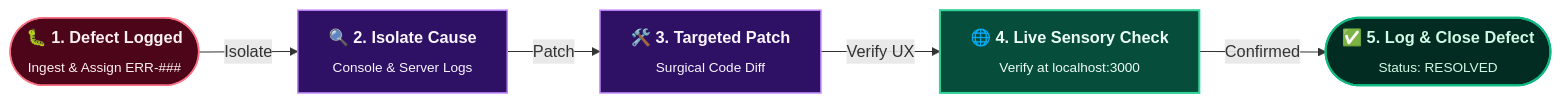
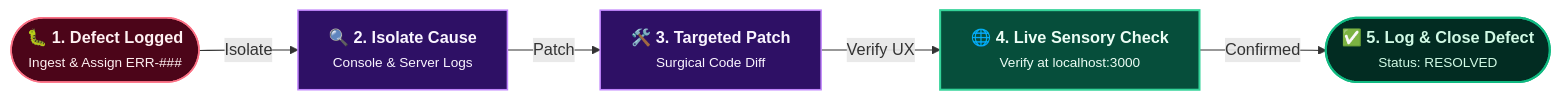
Before and after one commit to rmsofficialsyt/Agentic-AI-Vibe-Coding-AND-SDD-TDD-Codebase-Chandan-Adhikary: the diagram in Vibe-Coding-Chandan-Adhikary/Vibe-Coding/docs/error-tracker.md, drawn with Mermaid. The commit also changed 27 other files, not shown here.

Commit message:
docs: resolve text overlap and scattering across all diagrams via semantic typography and layout contracts

````diff
--- a/Vibe-Coding-Chandan-Adhikary/Vibe-Coding/docs/error-tracker.md
+++ b/Vibe-Coding-Chandan-Adhikary/Vibe-Coding/docs/error-tracker.md
@@ -20,18 +20,18 @@
 ```mermaid
 flowchart LR
     classDef err fill:#4c0519,stroke:#fb7185,stroke-width:1.5px,color:#fff1f2;
     classDef step fill:#2e1065,stroke:#c084fc,stroke-width:1.5px,color:#faf5ff;
     classDef sensory fill:#064e3b,stroke:#34d399,stroke-width:2px,color:#ecfdf5;
     classDef close fill:#022c22,stroke:#10b981,stroke-width:2px,color:#d1fae5;
 
-    Detect(["<b>🐛 1. Defect Logged</b><br/><sub>Ingest & Assign ERR-###</sub>"]):::err
-    Isolate["<b>🔍 2. Isolate Cause</b><br/><sub>Console & Server Logs</sub>"]:::step
-    Patch["<b>🛠️ 3. Targeted Patch</b><br/><sub>Surgical Code Diff</sub>"]:::step
-    Verify["<b>🌐 4. Live Sensory Check</b><br/><sub>Verify at localhost:3000</sub>"]:::sensory
-    Close(["<b>✅ 5. Log & Close Defect</b><br/><sub>Status: RESOLVED</sub>"]):::close
+    Detect(["<b>🐛 1. Defect Logged</b><br/><small>Ingest & Assign ERR-###</small>"]):::err
+    Isolate["<b>🔍 2. Isolate Cause</b><br/><small>Console & Server Logs</small>"]:::step
+    Patch["<b>🛠️ 3. Targeted Patch</b><br/><small>Surgical Code Diff</small>"]:::step
+    Verify["<b>🌐 4. Live Sensory Check</b><br/><small>Verify at localhost:3000</small>"]:::sensory
+    Close(["<b>✅ 5. Log & Close Defect</b><br/><small>Status: RESOLVED</small>"]):::close
 
     Detect -->|"Isolate"| Isolate
     Isolate -->|"Patch"| Patch
     Patch -->|"Verify UX"| Verify
     Verify -->|"Confirmed"| Close
 ```
````
